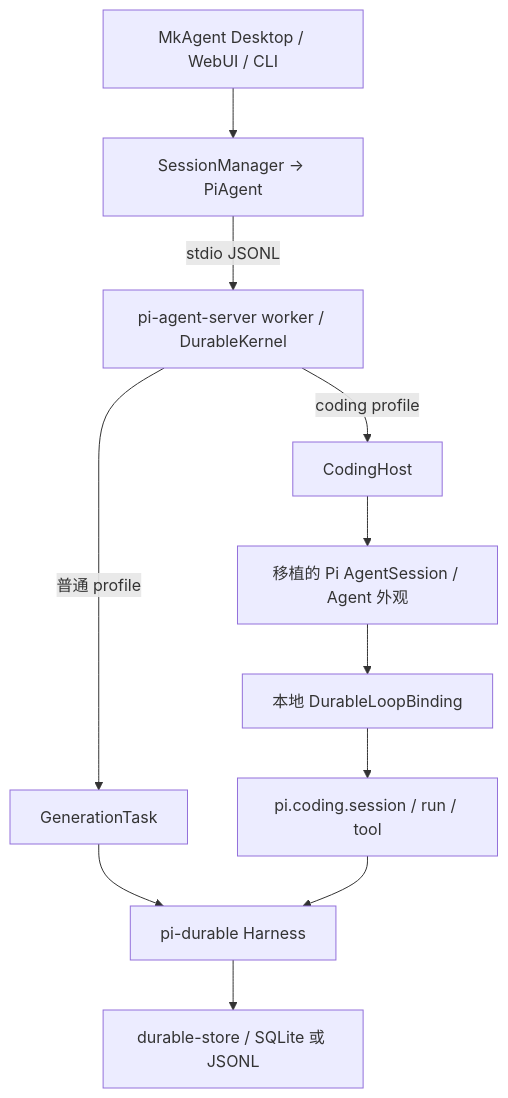
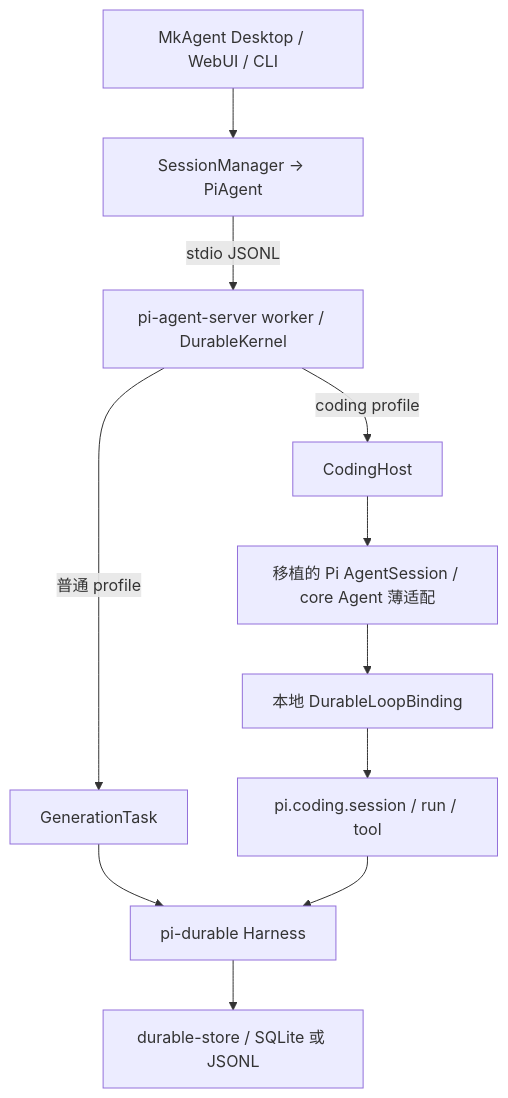
The diagram in docs/pi-durable/coding-architecture.md (syxc/mkagent), drawn with Mermaid before and after one commit. The commit also changed other lines of this file and 11 other files, not shown here.

First line of the commit message:
refactor(pi-durable): reuse core agent state facade

````diff
--- a/docs/pi-durable/coding-architecture.md
+++ b/docs/pi-durable/coding-architecture.md
@@ -7,13 +7,13 @@
 ```mermaid
 flowchart TD
     UI["MkAgent Desktop / WebUI / CLI"] --> Product["SessionManager → PiAgent"]
     Product -->|stdio JSONL| Worker["pi-agent-server worker / DurableKernel"]
     Worker -->|coding profile| Host["CodingHost"]
-    Host --> Session["移植的 Pi AgentSession / Agent 外观"]
+    Host --> Session["移植的 Pi AgentSession / core Agent 薄适配"]
     Session --> Binding["本地 DurableLoopBinding"]
     Binding --> Tasks["pi.coding.session / run / tool"]
     Worker -->|普通 profile| Normal["GenerationTask"]
     Normal --> Harness["pi-durable Harness"]
     Tasks --> Harness
     Harness --> Store["durable-store / SQLite 或 JSONL"]
 ```
````
